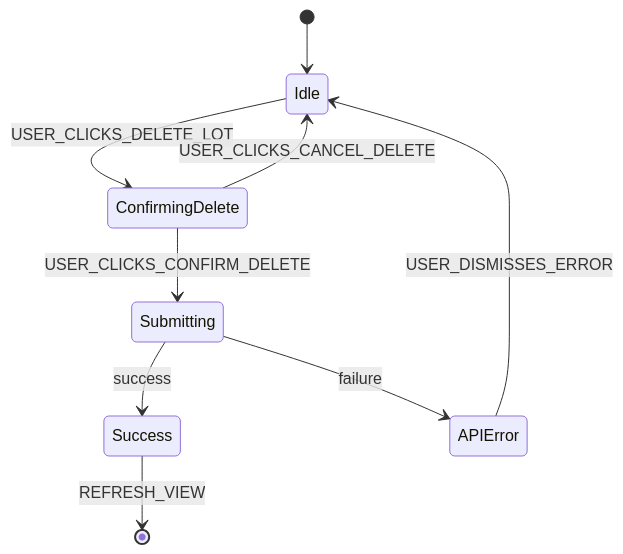
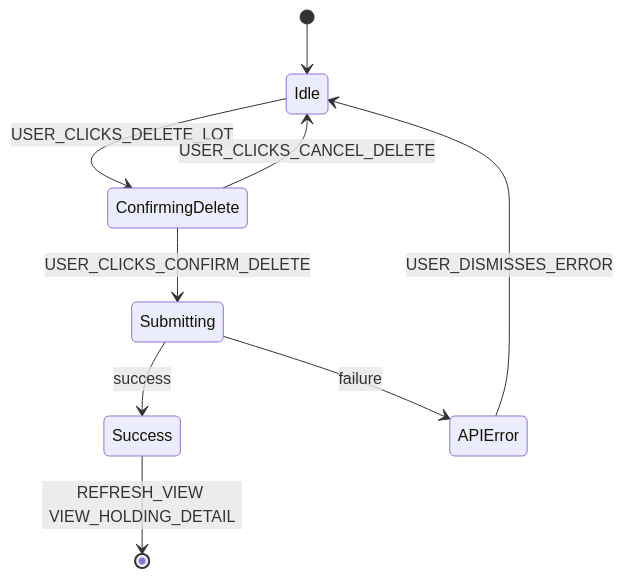
Diagram 16 of 16 in docs/ui_flow_diagrams.md (enzhao/Sentinel), drawn with Mermaid before and after one commit. The commit also changed other lines of this file and 4 other files, not shown here.

First line of the commit message:
docs(spec): clarify and rename UI flow definitions

````diff
--- a/docs/ui_flow_diagrams.md
+++ b/docs/ui_flow_diagrams.md
@@ -310,11 +330,12 @@
 ```mermaid
 stateDiagram-v2
+    state "Idle" as Idle
     [*] --> Idle
     Idle --> ConfirmingDelete : USER_CLICKS_DELETE_LOT
     ConfirmingDelete --> Submitting : USER_CLICKS_CONFIRM_DELETE
     ConfirmingDelete --> Idle : USER_CLICKS_CANCEL_DELETE
     Submitting --> Success : success
     Submitting --> APIError : failure
-    Success --> [*] : REFRESH_VIEW
+    Success --> [*] : REFRESH_VIEW VIEW_HOLDING_DETAIL
     APIError --> Idle : USER_DISMISSES_ERROR
 ```
````
